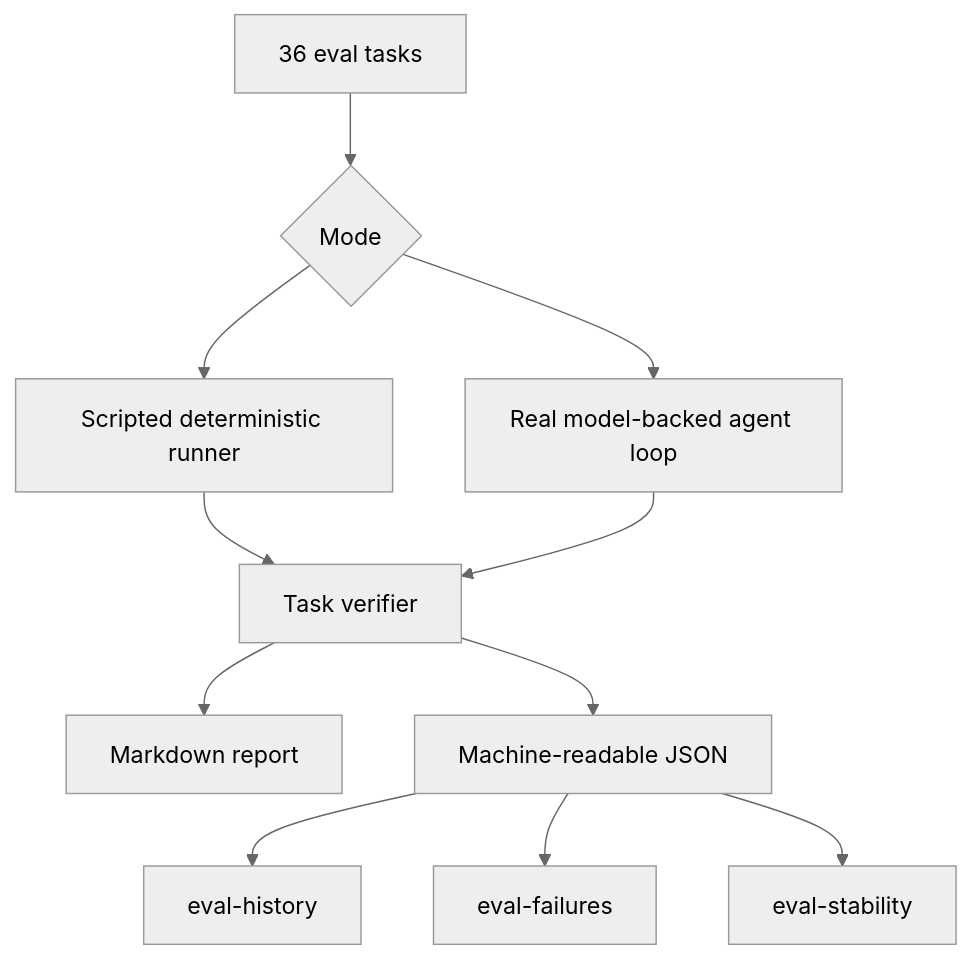
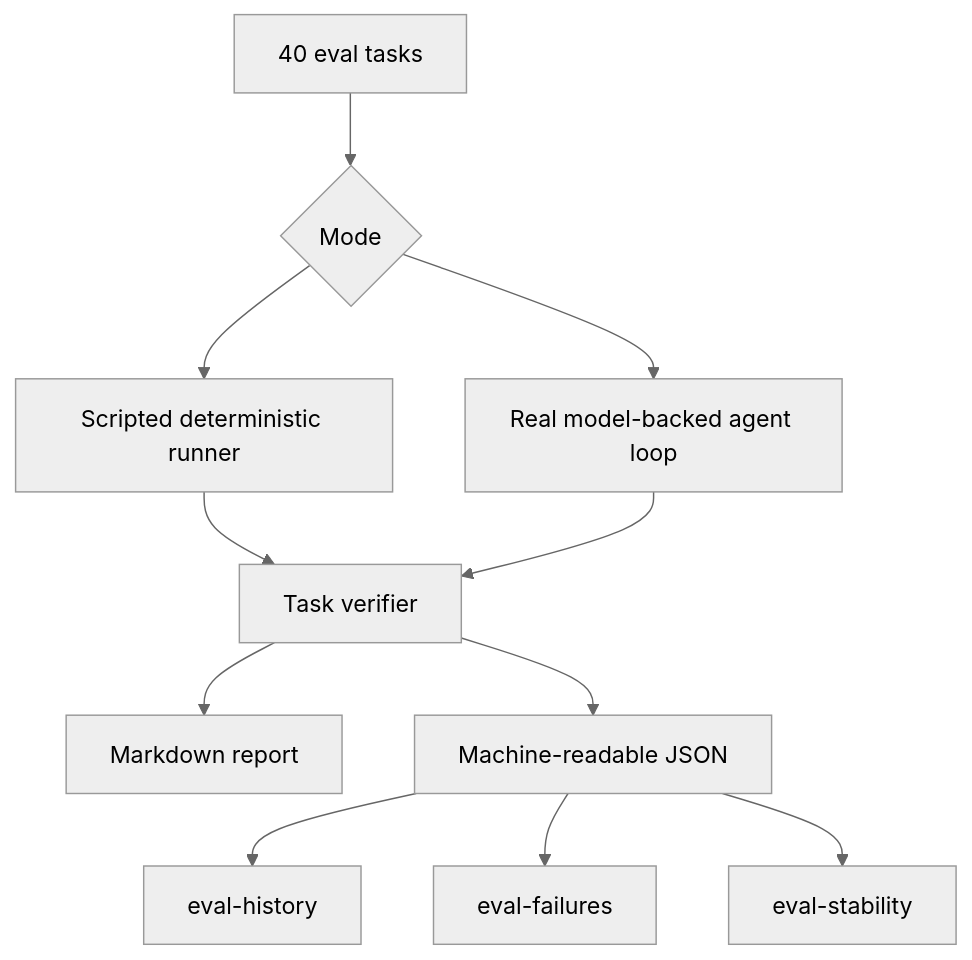
One commit to Userss1234/mini-coding-agent-harness changed the fourth of 5 diagrams in docs/ARCHITECTURE.md. Above: the diagram before and after it, drawn with Mermaid (neutral theme). The commit also changed other lines of this file and 12 other files, not shown here.

````diff
--- a/docs/ARCHITECTURE.md
+++ b/docs/ARCHITECTURE.md
@@ -99,13 +99,13 @@
 ```mermaid
 flowchart TD
-    Tasks["36 eval tasks"] --> Mode{"Mode"}
+    Tasks["40 eval tasks"] --> Mode{"Mode"}
     Mode --> Scripted["Scripted deterministic runner"]
     Mode --> AgentMode["Real model-backed agent loop"]
     Scripted --> Verify["Task verifier"]
     AgentMode --> Verify
     Verify --> Report["Markdown report"]
     Verify --> JSON["Machine-readable JSON"]
     JSON --> History["eval-history"]
     JSON --> Failures["eval-failures"]
     JSON --> Stability["eval-stability"]
 ```
````
